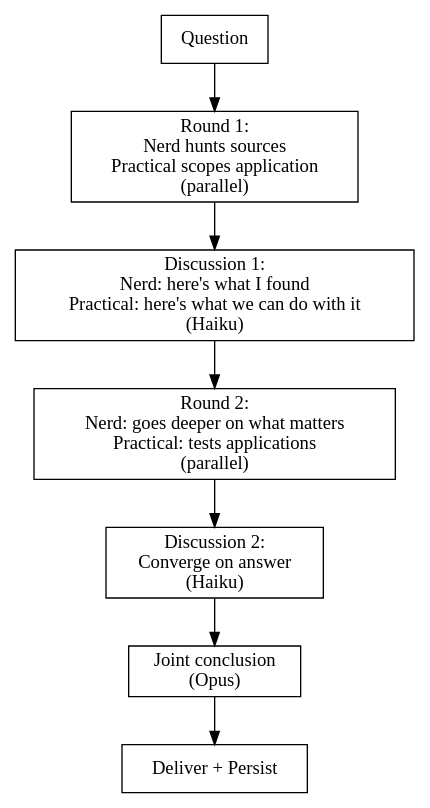
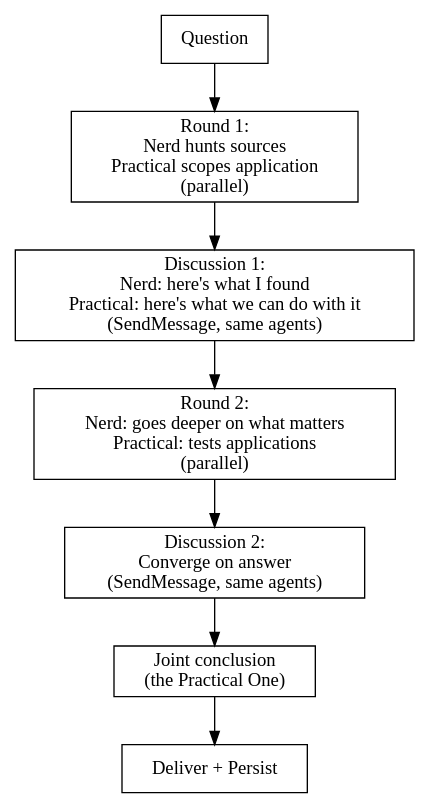
One commit to ibraheem-mustafa-dev/small-giants-wp changed the diagram in .claude/skills/research-buddies/SKILL.md. Above: the diagram before and after it, drawn with Graphviz. The commit also changed other lines of this file and 77 other files, not shown here.

````diff
--- a/.claude/skills/research-buddies/SKILL.md
+++ b/.claude/skills/research-buddies/SKILL.md
@@ -78,21 +78,21 @@
 ```dot
 digraph buddies {
   rankdir=TB;
   node [shape=box];
 
   q [label="Question"];
   r1 [label="Round 1:\nNerd hunts sources\nPractical scopes application\n(parallel)"];
-  d1 [label="Discussion 1:\nNerd: here's what I found\nPractical: here's what we can do with it\n(Haiku)"];
+  d1 [label="Discussion 1:\nNerd: here's what I found\nPractical: here's what we can do with it\n(SendMessage, same agents)"];
   r2 [label="Round 2:\nNerd: goes deeper on what matters\nPractical: tests applications\n(parallel)"];
-  d2 [label="Discussion 2:\nConverge on answer\n(Haiku)"];
-  joint [label="Joint conclusion\n(Opus)"];
+  d2 [label="Discussion 2:\nConverge on answer\n(SendMessage, same agents)"];
+  joint [label="Joint conclusion\n(the Practical One)"];
   deliver [label="Deliver + Persist"];
 
   q -> r1;
   r1 -> d1;
   d1 -> r2;
   r2 -> d2;
   d2 -> joint;
   joint -> deliver;
 }
 ```
````
